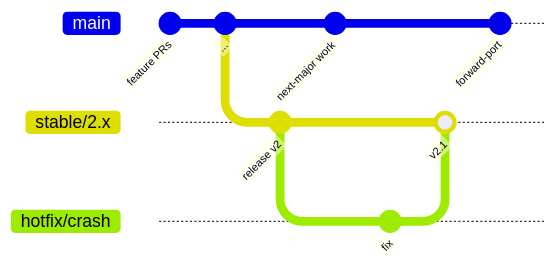
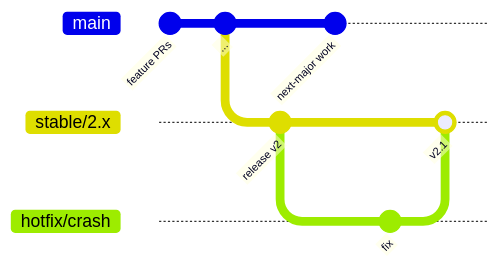
Before and after one commit to WxboySuper/Graphical-Forecast-Creator: the first of 2 diagrams in docs/guide/04-shipping-code.md, drawn with Mermaid. The commit also changed other lines of this file and 43 other files, not shown here.

````diff
--- a/docs/guide/04-shipping-code.md
+++ b/docs/guide/04-shipping-code.md
@@ -7,16 +7,15 @@
 ```mermaid
 gitGraph
   commit id: "feature PRs"
   commit id: "..."
   branch stable/2.x
   commit id: "release v2"
   checkout main
   commit id: "next-major work"
   checkout stable/2.x
   branch hotfix/crash
   commit id: "fix"
   checkout stable/2.x
   merge hotfix/crash id: "v2.1"
   checkout main
-  commit id: "forward-port"
 ```
````
